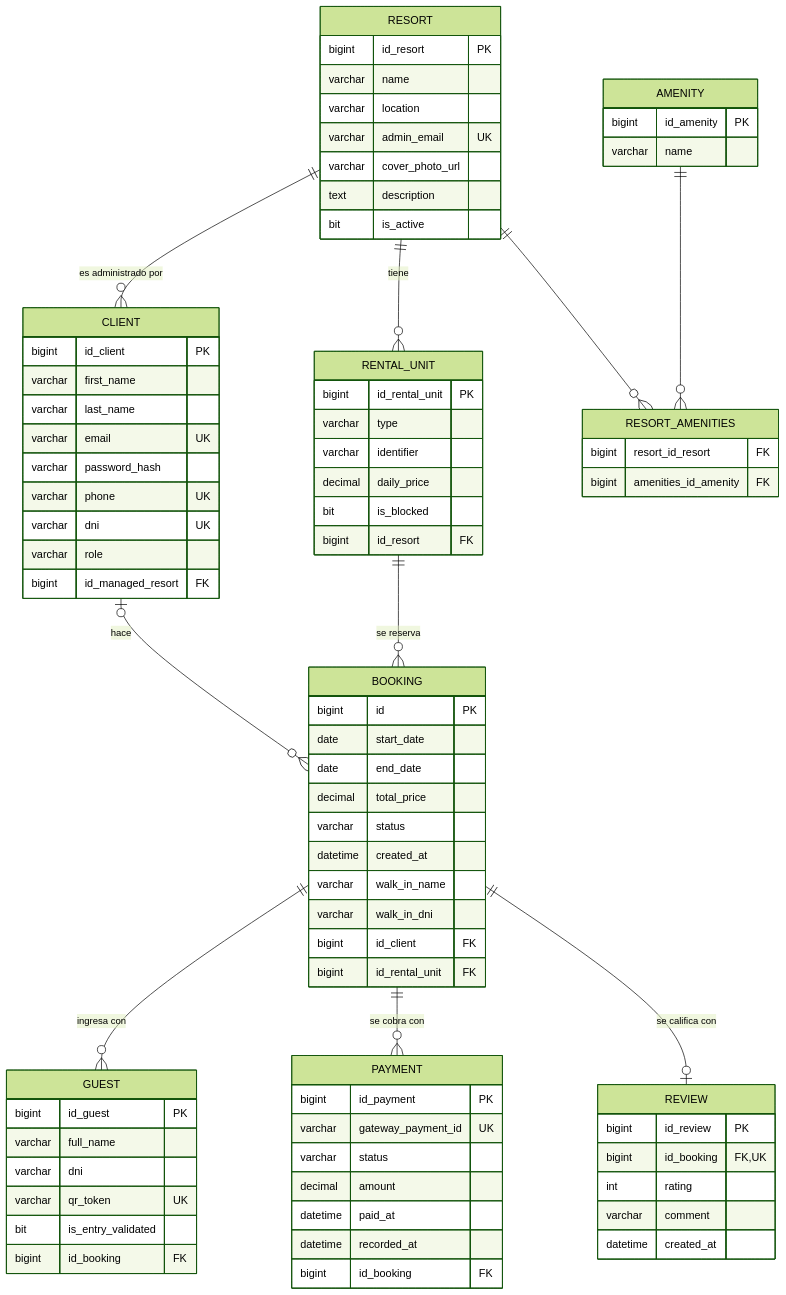
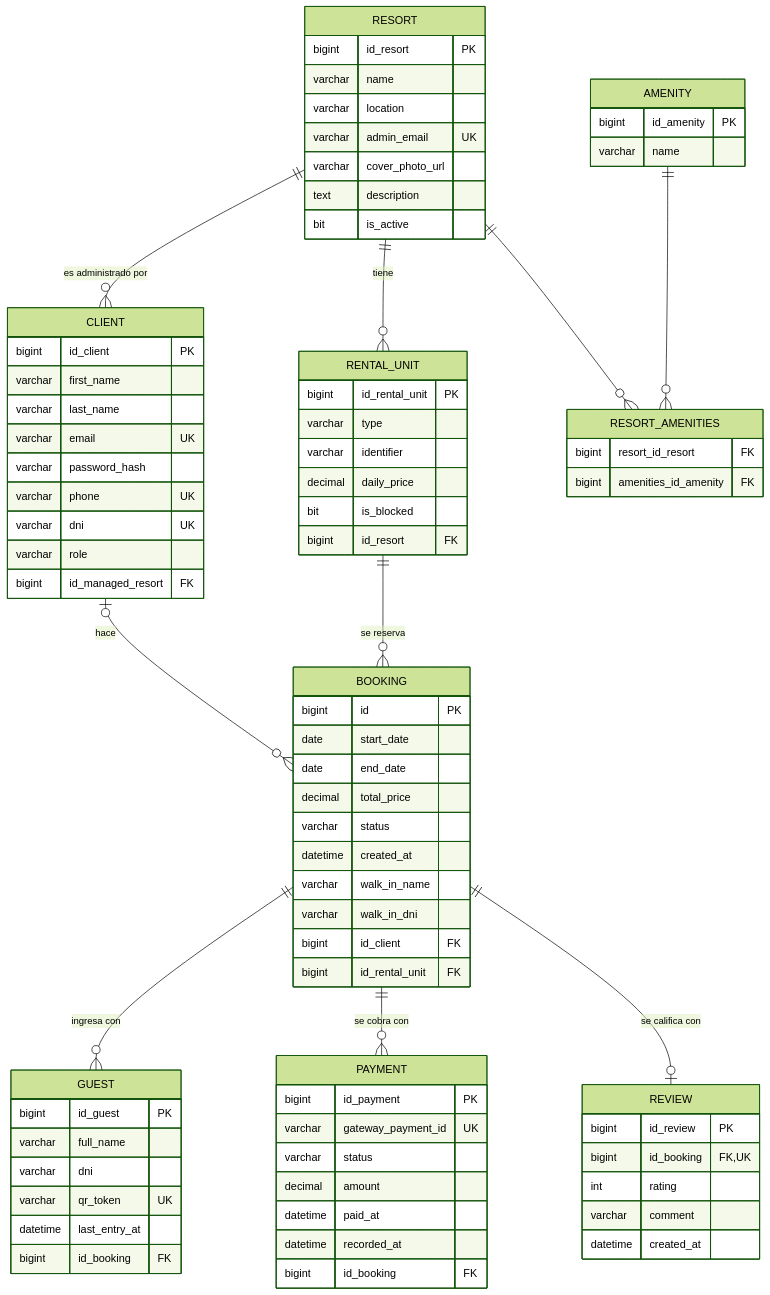
Before and after one commit to francejas/Zolea: the second of 2 diagrams in docs/modelo-de-datos.md, drawn with Mermaid (forest theme). The commit also changed other lines of this file and 1 other file, not shown here.

Commit message:
ZOL-170: cuenta en la guía del frontend y en el modelo de datos que el ingreso sirve toda la estadía

```diff
--- a/docs/modelo-de-datos.md
+++ b/docs/modelo-de-datos.md
@@ -193,7 +193,7 @@
         varchar full_name
         varchar dni
         varchar qr_token UK
-        bit is_entry_validated
+        datetime last_entry_at
         bigint id_booking FK
     }
 
```
